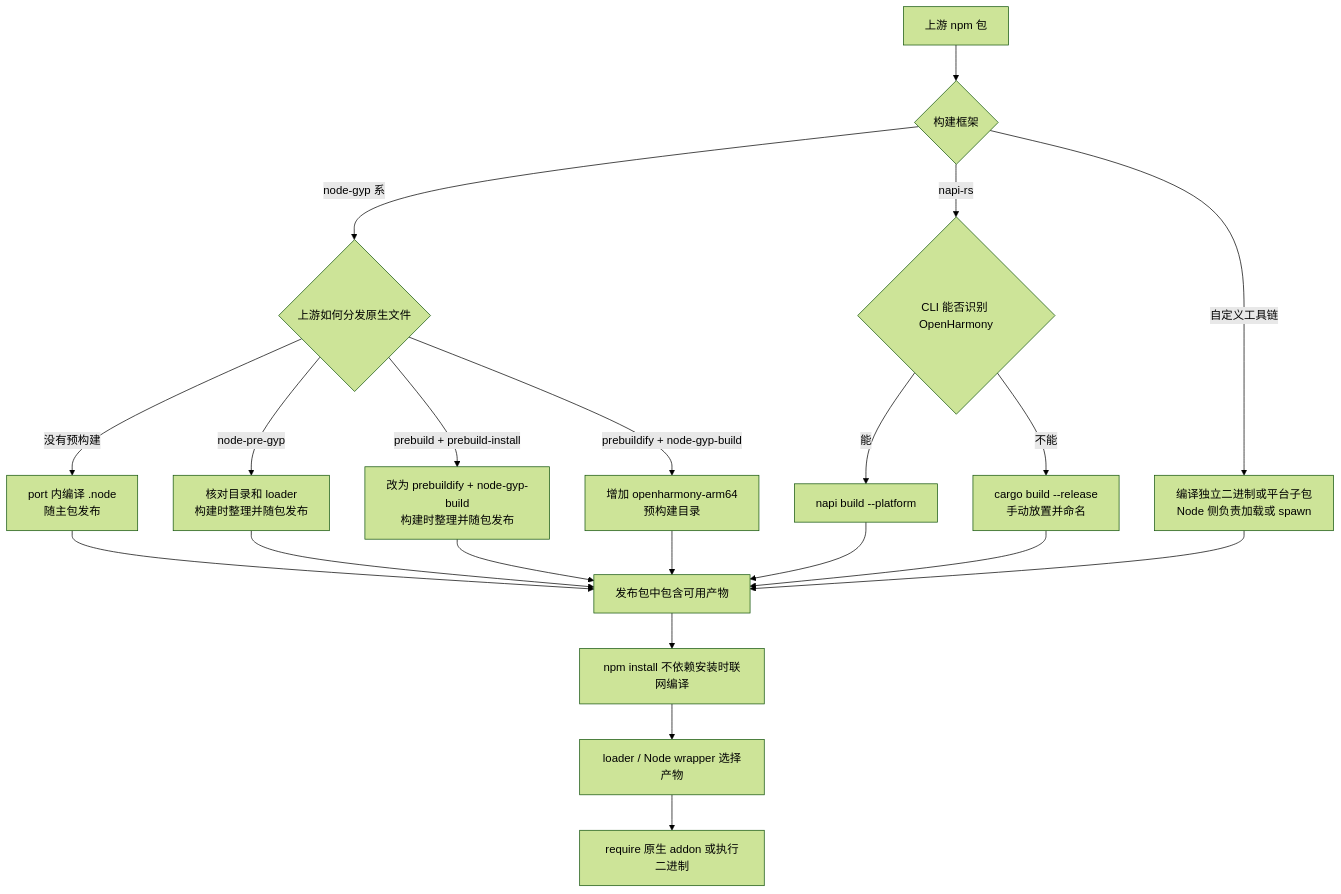
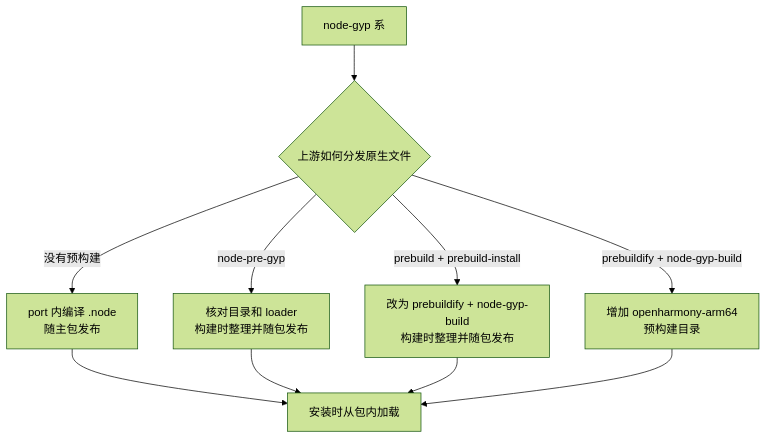
The second of 3 diagrams in docs/zh-CN/contributor/build-frameworks.md (ohos-npm-ports/ohos-npm-ports), drawn with Mermaid (forest theme) before and after one commit. The commit also changed other lines of this file, not shown here.

Commit message:
docs: split framework diagrams

````diff
--- a/docs/zh-CN/contributor/build-frameworks.md
+++ b/docs/zh-CN/contributor/build-frameworks.md
@@ -5,28 +17,12 @@
 ```mermaid
 flowchart TD
-    A[上游 npm 包] --> B{构建框架}
-
-    B -->|node-gyp 系| C{上游如何分发原生文件}
-    C -->|没有预构建| C1[port 内编译 .node<br/>随主包发布]
-    C -->|node-pre-gyp| C2[核对目录和 loader<br/>构建时整理并随包发布]
-    C -->|prebuild + prebuild-install| C3[改为 prebuildify + node-gyp-build<br/>构建时整理并随包发布]
-    C -->|prebuildify + node-gyp-build| C4[增加 openharmony-arm64<br/>预构建目录]
-
-    B -->|napi-rs| D{CLI 能否识别 OpenHarmony}
-    D -->|能| D1[napi build --platform]
-    D -->|不能| D2[cargo build --release<br/>手动放置并命名]
-
-    B -->|自定义工具链| E[编译独立二进制或平台子包<br/>Node 侧负责加载或 spawn]
-
-    C1 --> F[发布包中包含可用产物]
-    C2 --> F
-    C3 --> F
-    C4 --> F
-    D1 --> F
-    D2 --> F
-    E --> F
-
-    F --> G[npm install 不依赖安装时联网编译]
-    G --> H[loader / Node wrapper 选择产物]
-    H --> I[require 原生 addon 或执行二进制]
+    A[node-gyp 系] --> B{上游如何分发原生文件}
+    B -->|没有预构建| C[port 内编译 .node<br/>随主包发布]
+    B -->|node-pre-gyp| D[核对目录和 loader<br/>构建时整理并随包发布]
+    B -->|prebuild + prebuild-install| E[改为 prebuildify + node-gyp-build<br/>构建时整理并随包发布]
+    B -->|prebuildify + node-gyp-build| F[增加 openharmony-arm64<br/>预构建目录]
+    C --> G[安装时从包内加载]
+    D --> G
+    E --> G
+    F --> G
 ```
````
